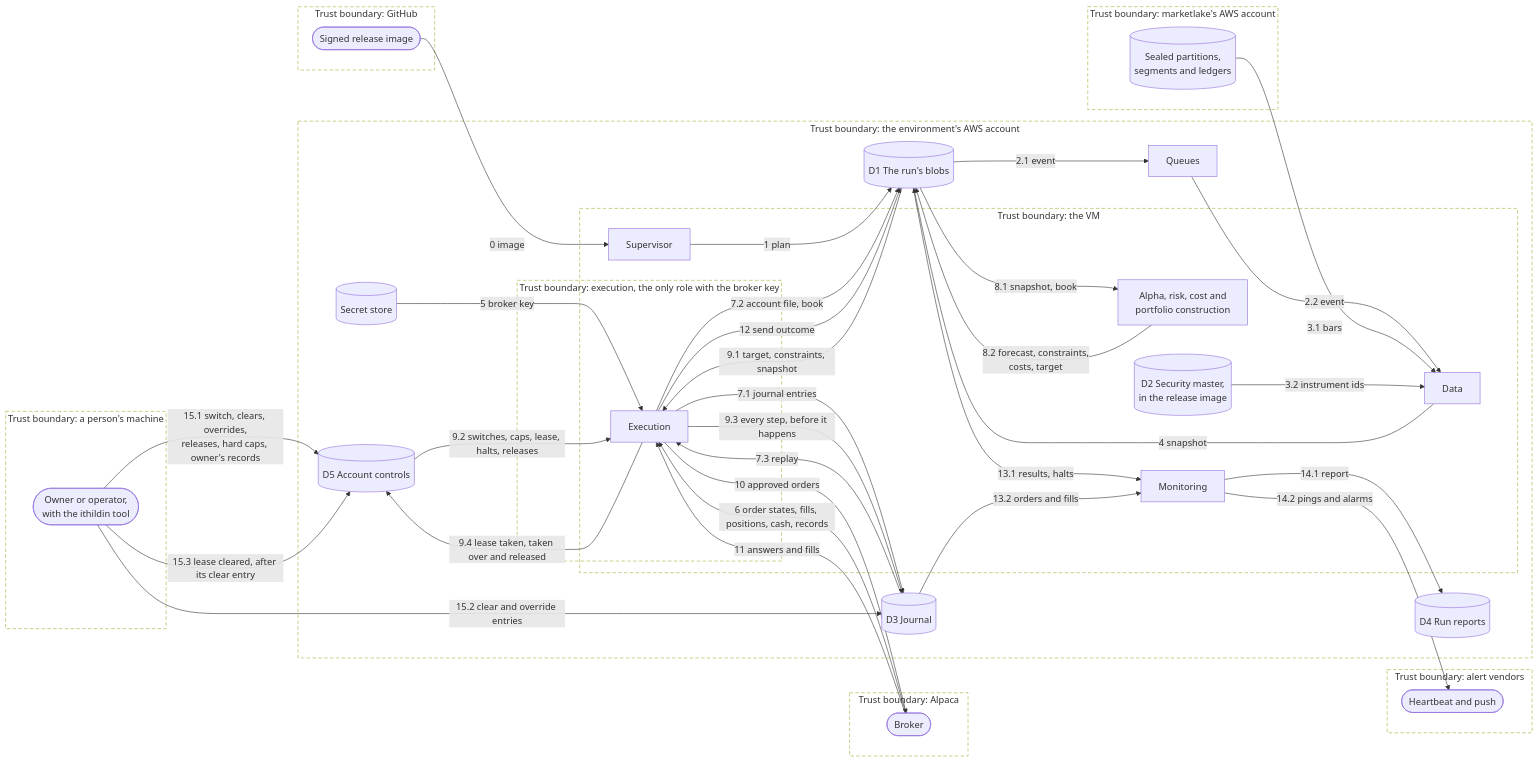
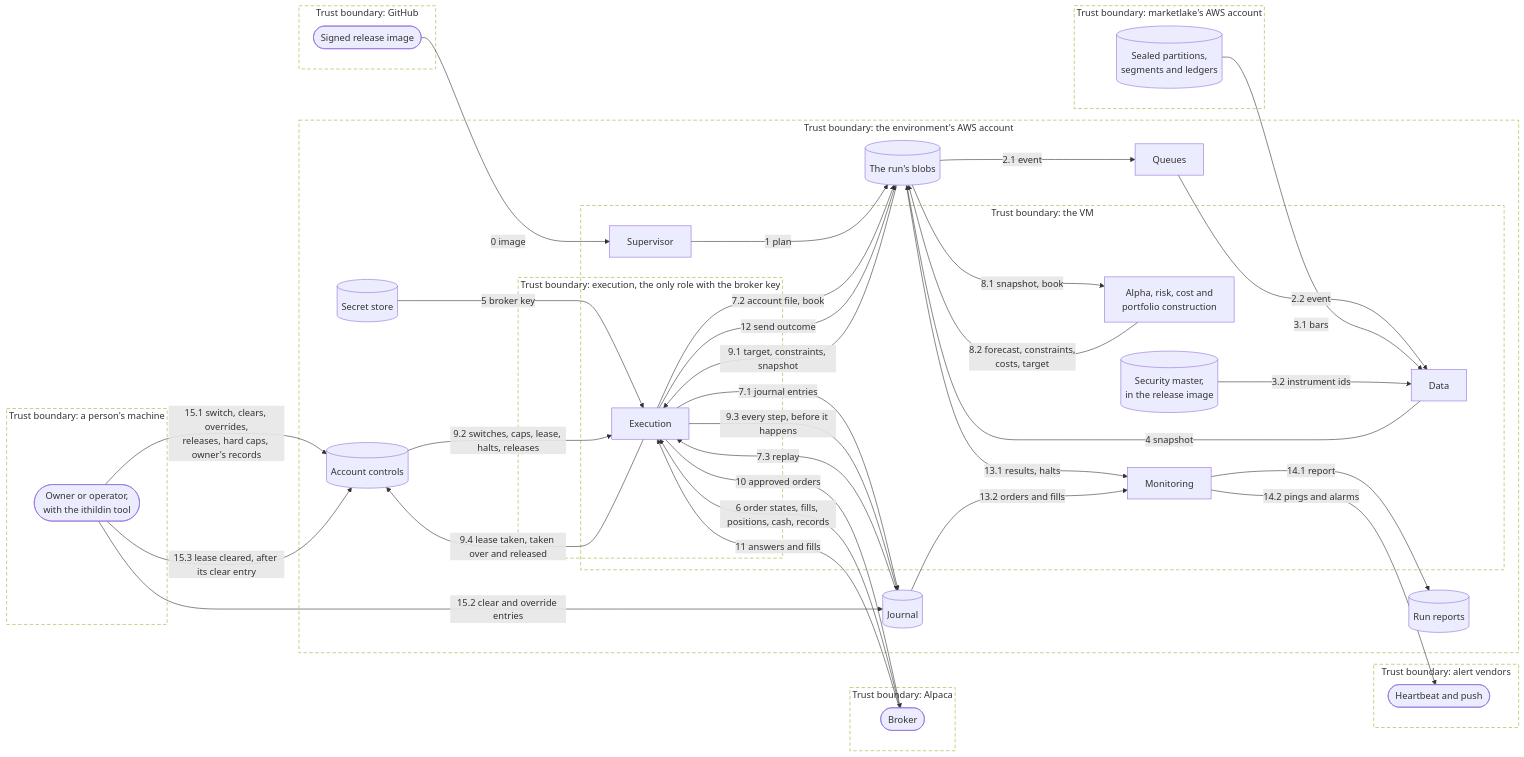
One commit to l3a0/ithildin-runtime changed diagram 12 of 36 in docs/architecture.md. Above: the diagram before and after it, drawn with Mermaid. The commit also changed other lines of this file, not shown here.

````diff
--- a/docs/architecture.md
+++ b/docs/architecture.md
@@ -687,68 +687,68 @@
 ```mermaid
 flowchart LR
     subgraph tb_person["Trust boundary: a person's machine"]
         person(["Owner or operator,<br/>with the ithildin tool"])
     end
     subgraph tb_github["Trust boundary: GitHub"]
         registry(["Signed release image"])
     end
     subgraph tb_marketlake["Trust boundary: marketlake's AWS account"]
         lake[("Sealed partitions,<br/>segments and ledgers")]
     end
     subgraph tb_broker["Trust boundary: Alpaca"]
         brokerx(["Broker"])
     end
     subgraph tb_alert["Trust boundary: alert vendors"]
         alert(["Heartbeat and push"])
     end
     subgraph tb_account["Trust boundary: the environment's AWS account"]
         subgraph tb_vm["Trust boundary: the VM"]
             sup["Supervisor"]
             data["Data"]
             models["Alpha, risk, cost and<br/>portfolio construction"]
             mon["Monitoring"]
-            d2[("D2 Security master,<br/>in the release image")]
+            d2[("Security master,<br/>in the release image")]
             subgraph tb_exec["Trust boundary: execution, the only role with the broker key"]
                 exec["Execution"]
             end
         end
         queue["Queues"]
         secret[("Secret store")]
-        d1[("D1 The run's blobs")]
-        d3[("D3 Journal")]
-        d4[("D4 Run reports")]
-        d5[("D5 Account controls")]
+        d1[("The run's blobs")]
+        d3[("Journal")]
+        d4[("Run reports")]
+        d5[("Account controls")]
     end
 
     registry -->|"0 image"| sup
     sup -->|"1 plan"| d1
     d1 -->|"2.1 event"| queue
     queue -->|"2.2 event"| data
     lake -->|"3.1 bars"| data
     d2 -->|"3.2 instrument ids"| data
     data -->|"4 snapshot"| d1
     secret -->|"5 broker key"| exec
     brokerx -->|"6 order states, fills, positions, cash, records"| exec
     exec -->|"7.1 journal entries"| d3
     exec -->|"7.2 account file, book"| d1
     d3 -->|"7.3 replay"| exec
     d1 -->|"8.1 snapshot, book"| models
     models -->|"8.2 forecast, constraints,<br/>costs, target"| d1
     d1 -->|"9.1 target, constraints, snapshot"| exec
     d5 -->|"9.2 switches, caps, lease, halts, releases"| exec
     exec -->|"9.3 every step, before it happens"| d3
     exec -->|"9.4 lease taken, taken over and released"| d5
     exec -->|"10 approved orders"| brokerx
     brokerx -->|"11 answers and fills"| exec
     exec -->|"12 send outcome"| d1
     d1 -->|"13.1 results, halts"| mon
     d3 -->|"13.2 orders and fills"| mon
     mon -->|"14.1 report"| d4
     mon -->|"14.2 pings and alarms"| alert
     person -->|"15.1 switch, clears, overrides,<br/>releases, hard caps, owner's records"| d5
     person -->|"15.2 clear and override entries"| d3
     person -->|"15.3 lease cleared, after its clear entry"| d5
 
     classDef boundary fill:none,stroke-dasharray:6 4
     class tb_person,tb_github,tb_marketlake,tb_broker,tb_alert,tb_account,tb_vm,tb_exec boundary
 ```
````
